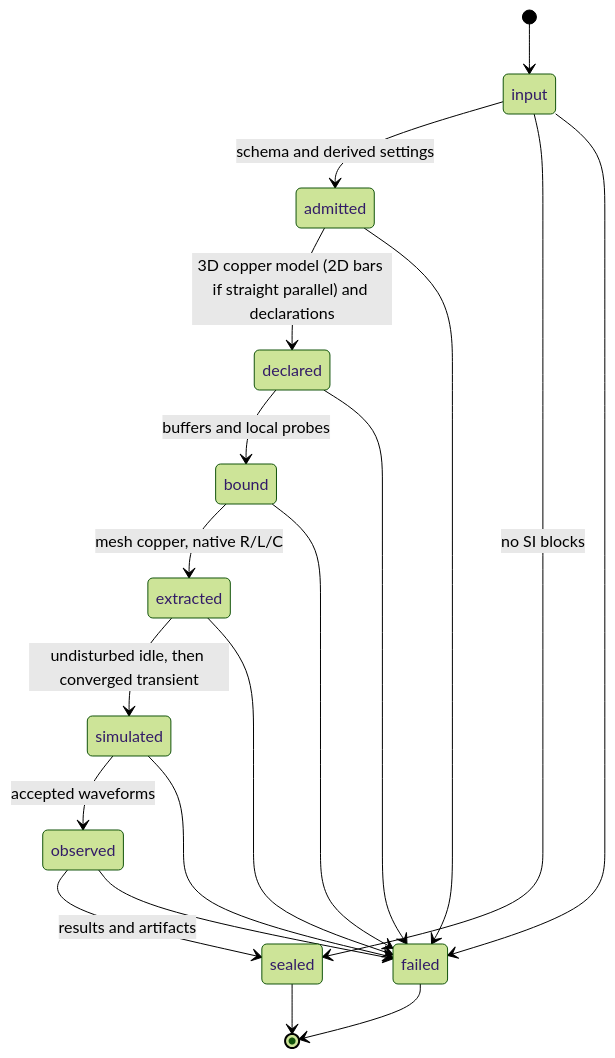
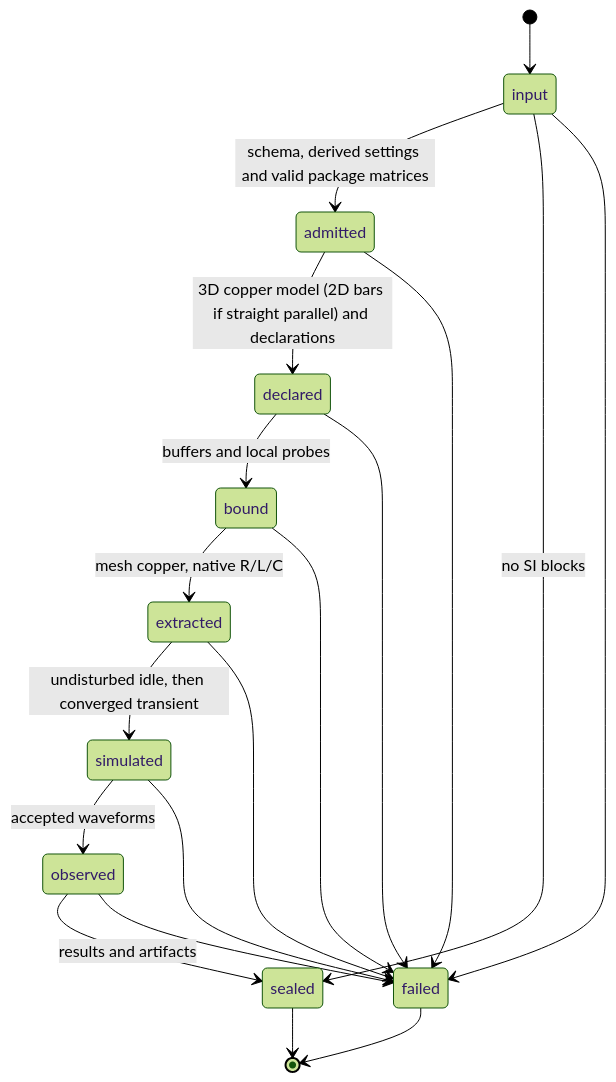
The second of 2 diagrams in docs/ARCHITECTURE.md (tscircuit/pcb-spice-pipeline), drawn with Mermaid (forest theme) before and after one commit. The commit also changed other lines of this file and 15 other files, not shown here.

Commit message:
feat: parse and realize passive coupled IBIS package matrices

````diff
--- a/docs/ARCHITECTURE.md
+++ b/docs/ARCHITECTURE.md
@@ -25,21 +25,21 @@
 ```mermaid
 stateDiagram-v2
   [*] --> input
-  input --> admitted: schema and derived settings
+  input --> admitted: schema, derived settings and valid package matrices
   input --> sealed: no SI blocks
   admitted --> declared: 3D copper model (2D bars if straight parallel) and declarations
   declared --> bound: buffers and local probes
   bound --> extracted: mesh copper, native R/L/C
   extracted --> simulated: undisturbed idle, then converged transient
   simulated --> observed: accepted waveforms
   observed --> sealed: results and artifacts
   input --> failed
   admitted --> failed
   declared --> failed
   bound --> failed
   extracted --> failed
   simulated --> failed
   observed --> failed
   sealed --> [*]
   failed --> [*]
 ```
````
